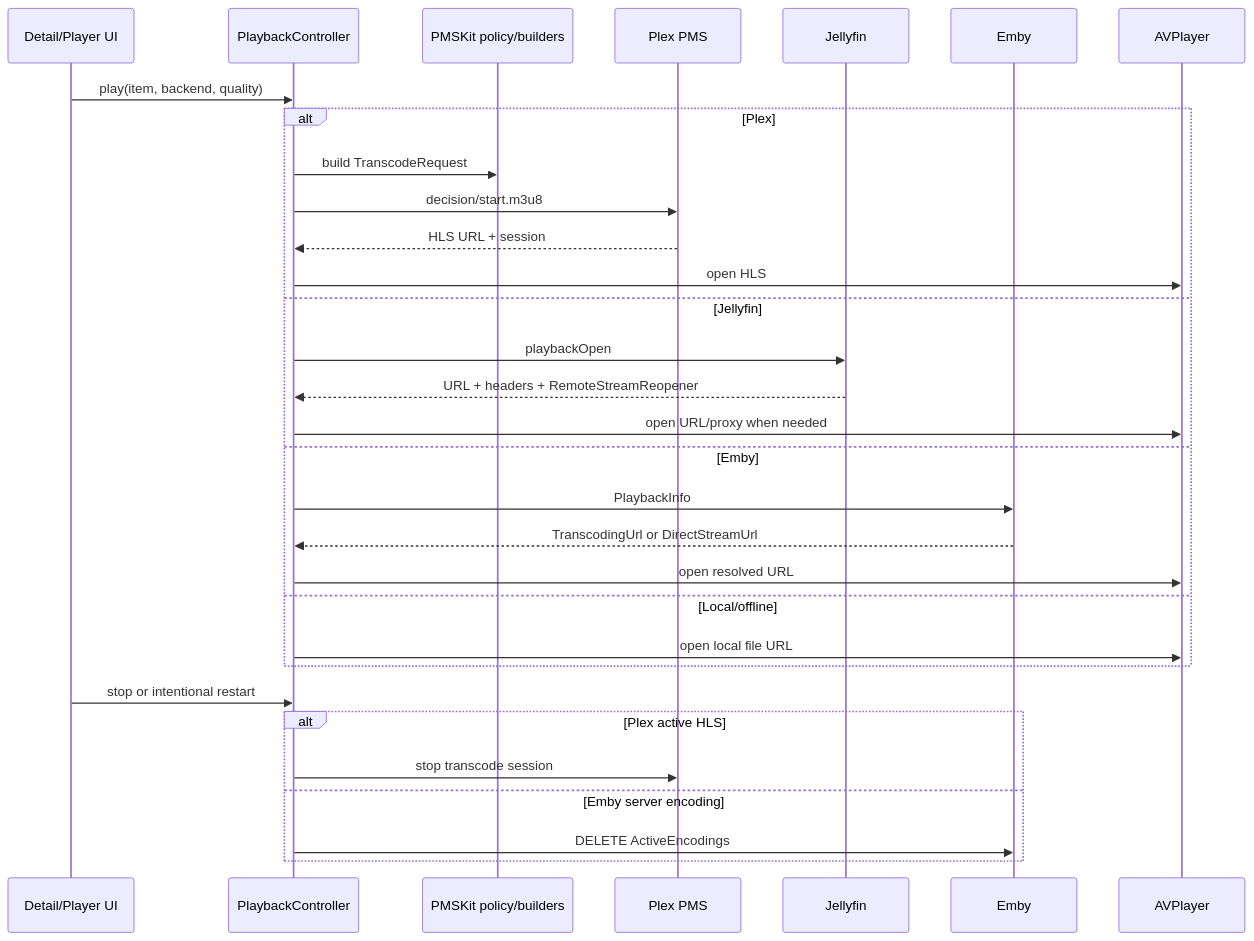
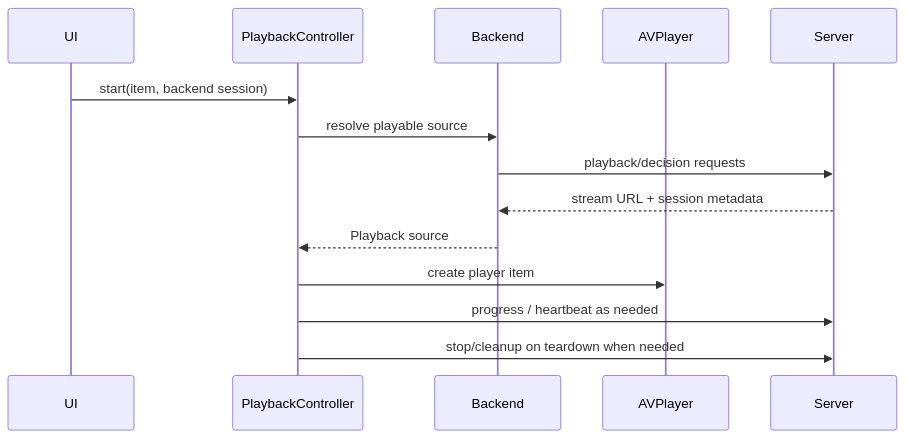
Before and after one commit to jlipworth/Labstream: the diagram in docs/PLAYBACK-ARCHITECTURE.md, drawn with Mermaid. The commit also changed other lines of this file and 20 other files, not shown here.

````diff
--- a/docs/PLAYBACK-ARCHITECTURE.md
+++ b/docs/PLAYBACK-ARCHITECTURE.md
@@ -5,36 +5,17 @@
 ```mermaid
 sequenceDiagram
-  participant UI as Detail/Player UI
+  participant UI
   participant PC as PlaybackController
-  participant PMS as PMSKit policy/builders
-  participant Plex as Plex PMS
-  participant JF as Jellyfin
-  participant Emby as Emby
+  participant Backend
   participant AV as AVPlayer
+  participant Server
 
-  UI->>PC: play(item, backend, quality)
-
-  alt Plex
-    PC->>PMS: build TranscodeRequest
-    PC->>Plex: decision/start.m3u8
-    Plex-->>PC: HLS URL + session
-    PC->>AV: open HLS
-  else Jellyfin
-    PC->>JF: playbackOpen
-    JF-->>PC: URL + headers + RemoteStreamReopener
-    PC->>AV: open URL/proxy when needed
-  else Emby
-    PC->>Emby: PlaybackInfo
-    Emby-->>PC: TranscodingUrl or DirectStreamUrl
-    PC->>AV: open resolved URL
-  else Local/offline
-    PC->>AV: open local file URL
-  end
-
-  UI->>PC: stop or intentional restart
-  alt Plex active HLS
-    PC->>Plex: stop transcode session
-  else Emby server encoding
-    PC->>Emby: DELETE ActiveEncodings
-  end
+  UI->>PC: start(item, backend session)
+  PC->>Backend: resolve playable source
+  Backend->>Server: playback/decision requests
+  Server-->>Backend: stream URL + session metadata
+  Backend-->>PC: Playback source
+  PC->>AV: create player item
+  PC->>Server: progress / heartbeat as needed
+  PC->>Server: stop/cleanup on teardown when needed
 ```
````
